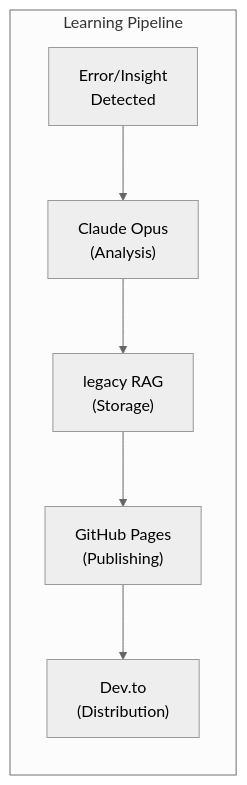
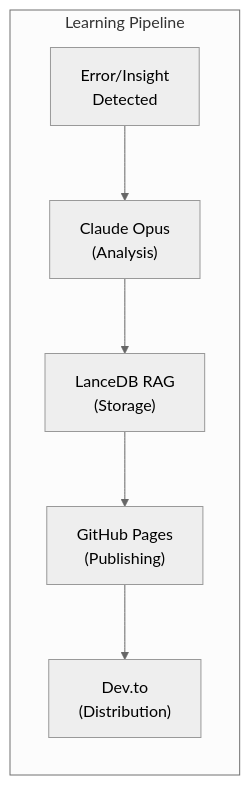
Before and after one commit to webclinic017/trading-spy-iron-condor: the diagram in docs/_posts/2026-01-23-lessons-learned.md, drawn with Mermaid (neutral theme). The commit also changed other lines of this file and 51 other files, not shown here.

```diff
--- a/docs/_posts/2026-01-23-lessons-learned.md
+++ b/docs/_posts/2026-01-23-lessons-learned.md
@@ -88,9 +82,9 @@
 <div class="mermaid">
 flowchart LR
     subgraph Learning["Learning Pipeline"]
         ERROR["Error/Insight<br/>Detected"] --> CLAUDE["Claude Opus<br/>(Analysis)"]
-        CLAUDE --> RAG["legacy RAG<br/>(Storage)"]
+        CLAUDE --> RAG["LanceDB RAG<br/>(Storage)"]
         RAG --> BLOG["GitHub Pages<br/>(Publishing)"]
         BLOG --> DEVTO["Dev.to<br/>(Distribution)"]
     end
 </div>
```
